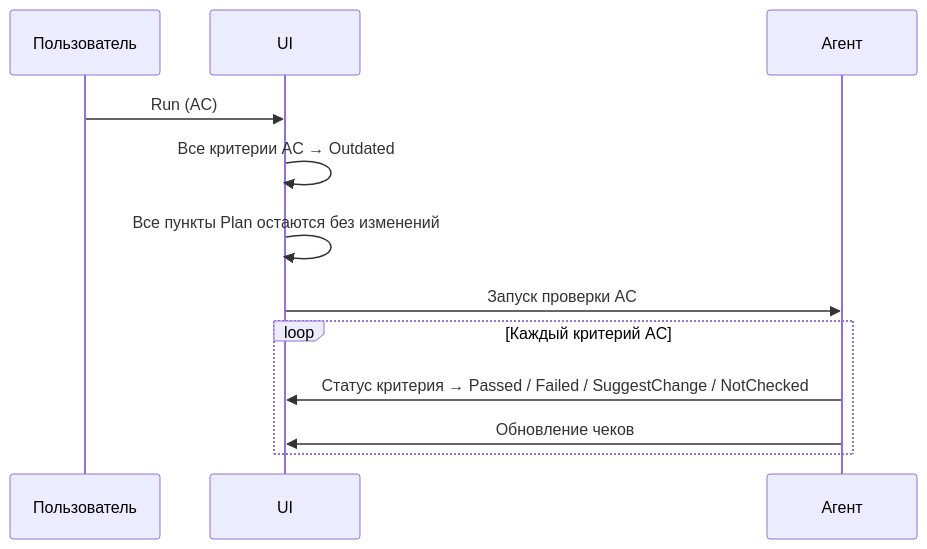
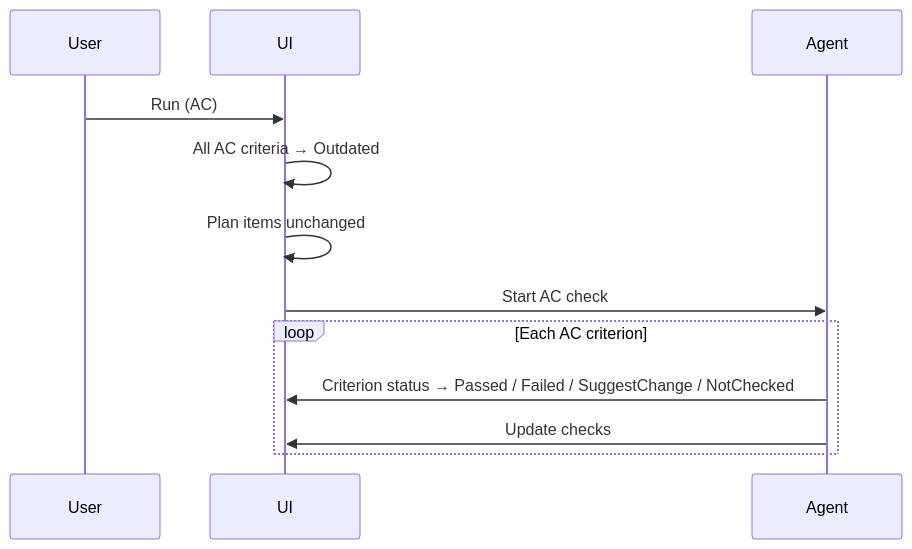
The sixth of 6 diagrams in spec-flow.md (NiplusM/SDD), drawn with Mermaid before and after one commit. The commit also changed other lines of this file, not shown here.

First line of the commit message:
spec-flow: rewrite state names, transitions, and content in English

````diff
--- a/spec-flow.md
+++ b/spec-flow.md
@@ -288,16 +252,16 @@
 ```mermaid
 sequenceDiagram
-    participant U as Пользователь
+    participant U as User
     participant UI as UI
-    participant A as Агент
+    participant A as Agent
 
     U->>UI: Run (AC)
-    UI->>UI: Все критерии AC → Outdated
-    UI->>UI: Все пункты Plan остаются без изменений
-    UI->>A: Запуск проверки AC
+    UI->>UI: All AC criteria → Outdated
+    UI->>UI: Plan items unchanged
+    UI->>A: Start AC check
 
-    loop Каждый критерий AC
-        A->>UI: Статус критерия → Passed / Failed / SuggestChange / NotChecked
-        A->>UI: Обновление чеков
+    loop Each AC criterion
+        A->>UI: Criterion status → Passed / Failed / SuggestChange / NotChecked
+        A->>UI: Update checks
     end
 ```
````
